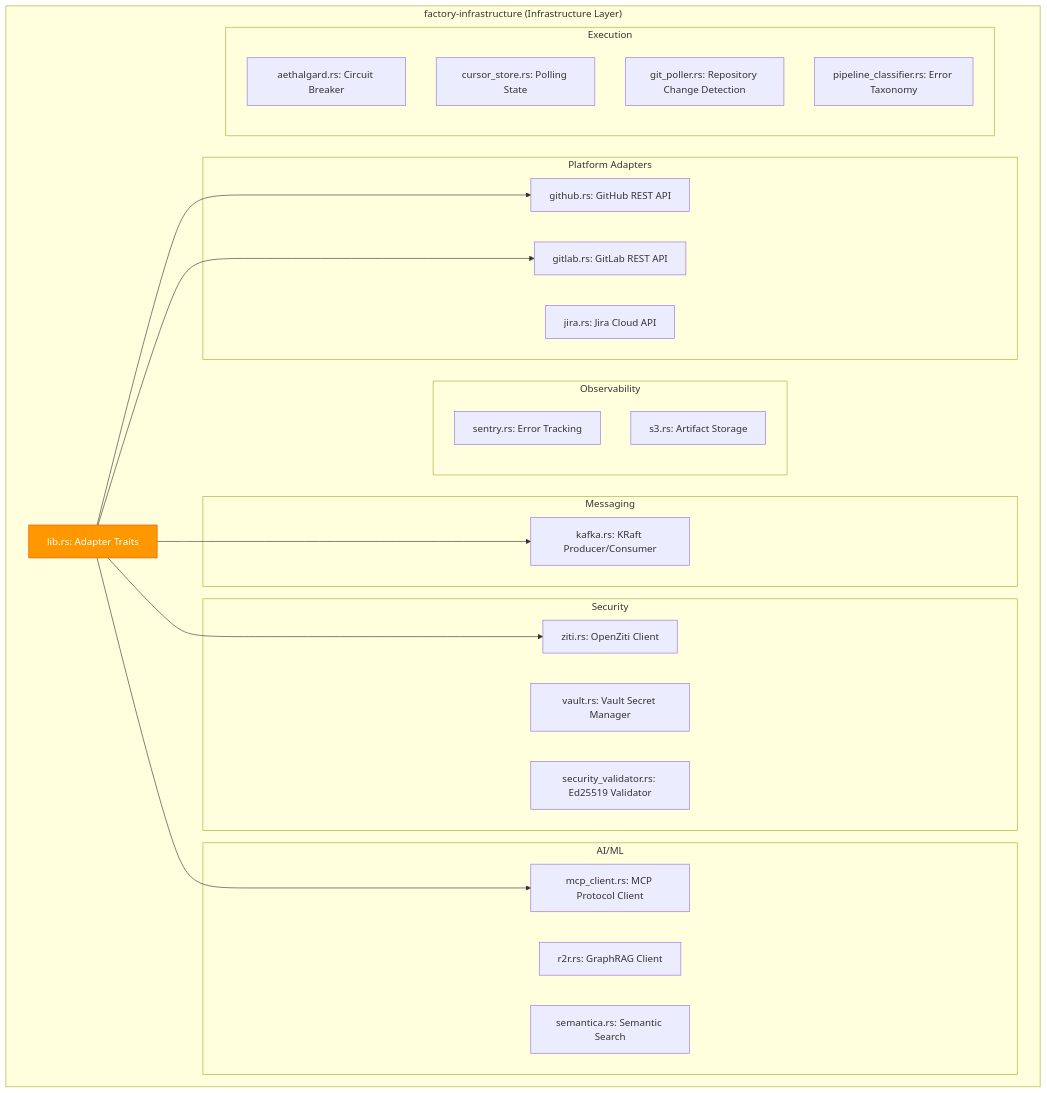
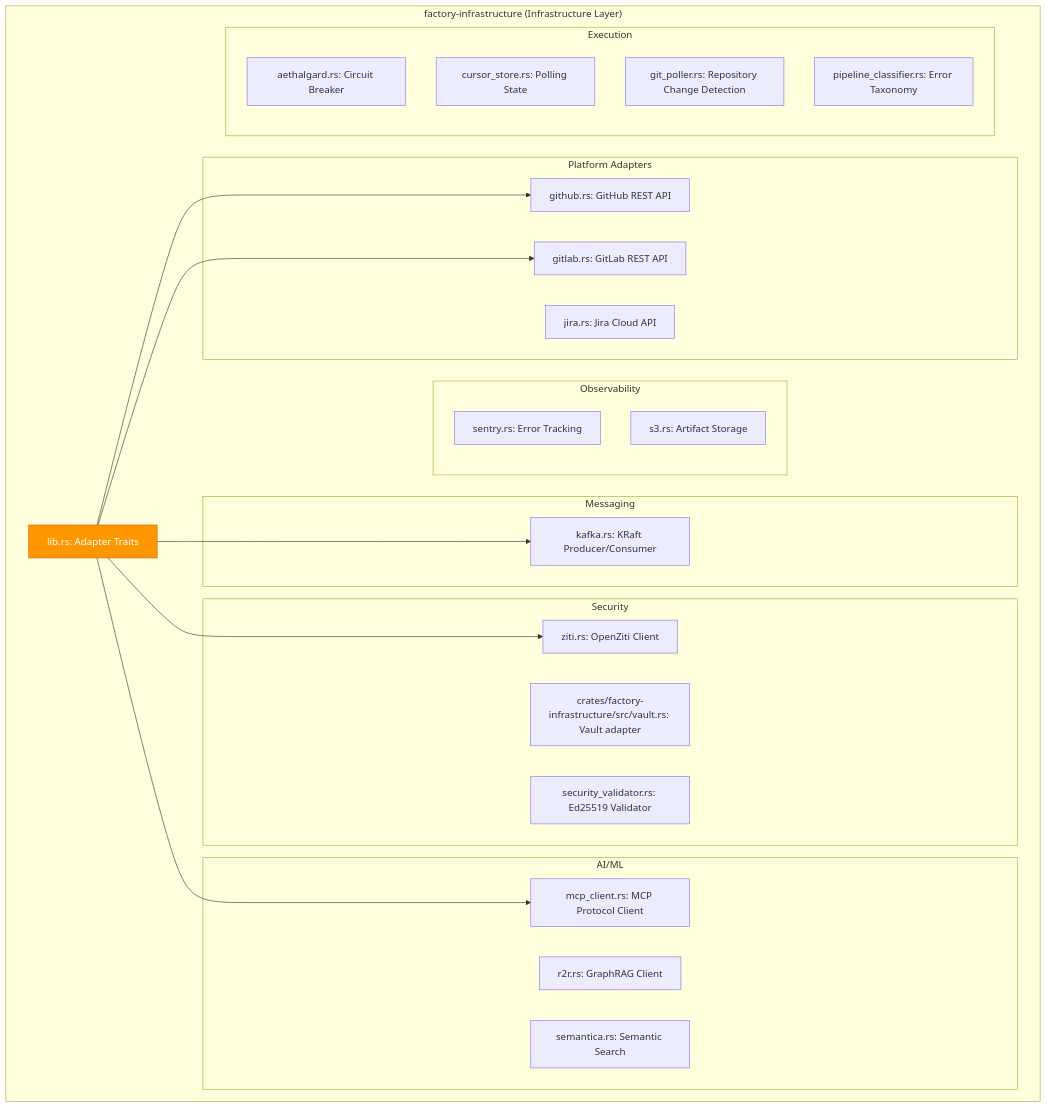
The third of 5 diagrams in wiki/architecture/tactical_design.md (lgcorzo/rust_CACD_autonomous_factory), drawn with Mermaid before and after one commit. The commit also changed other lines of this file and 77 other files, not shown here.

````diff
--- a/wiki/architecture/tactical_design.md
+++ b/wiki/architecture/tactical_design.md
@@ -122,48 +122,48 @@
 ```mermaid
 graph TB
     subgraph "factory-infrastructure (Infrastructure Layer)"
         ILIB["lib.rs: Adapter Traits"]
         
         subgraph "Platform Adapters"
             GH["github.rs: GitHub REST API"]
             GL["gitlab.rs: GitLab REST API"]
             JR["jira.rs: Jira Cloud API"]
         end
         
         subgraph "Messaging"
             KF["kafka.rs: KRaft Producer/Consumer"]
         end
         
         subgraph "Security"
             ZT["ziti.rs: OpenZiti Client"]
-            VT["vault.rs: Vault Secret Manager"]
+            VT["crates/factory-infrastructure/src/vault.rs: Vault adapter"]
             SV["security_validator.rs: Ed25519 Validator"]
         end
         
         subgraph "Observability"
             SN["sentry.rs: Error Tracking"]
             S3["s3.rs: Artifact Storage"]
         end
         
         subgraph "AI/ML"
             R2R["r2r.rs: GraphRAG Client"]
             MPC["mcp_client.rs: MCP Protocol Client"]
             SEM["semantica.rs: Semantic Search"]
         end
         
         subgraph "Execution"
             AE["aethalgard.rs: Circuit Breaker"]
             CS["cursor_store.rs: Polling State"]
             GP["git_poller.rs: Repository Change Detection"]
             PC["pipeline_classifier.rs: Error Taxonomy"]
         end
     end
 
     ILIB --> GH
     ILIB --> GL
     ILIB --> KF
     ILIB --> ZT
     ILIB --> MPC
 
     style ILIB fill:#FF9800,stroke:#E65100,color:#fff
 ```
````
